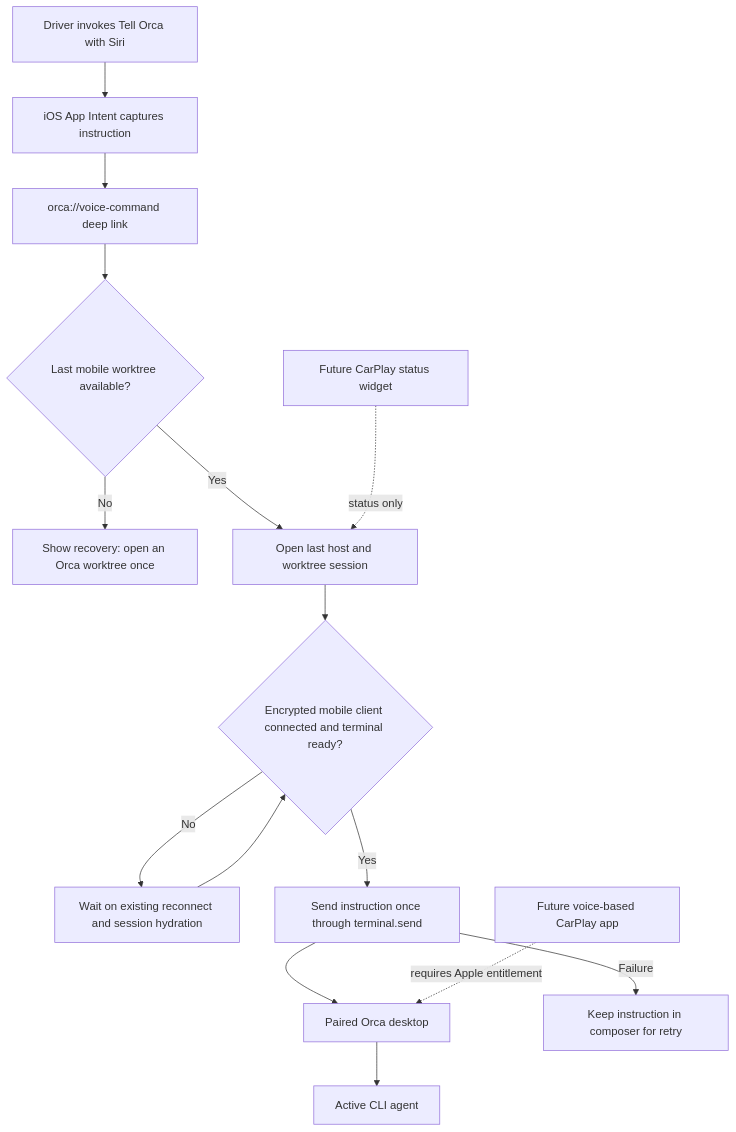
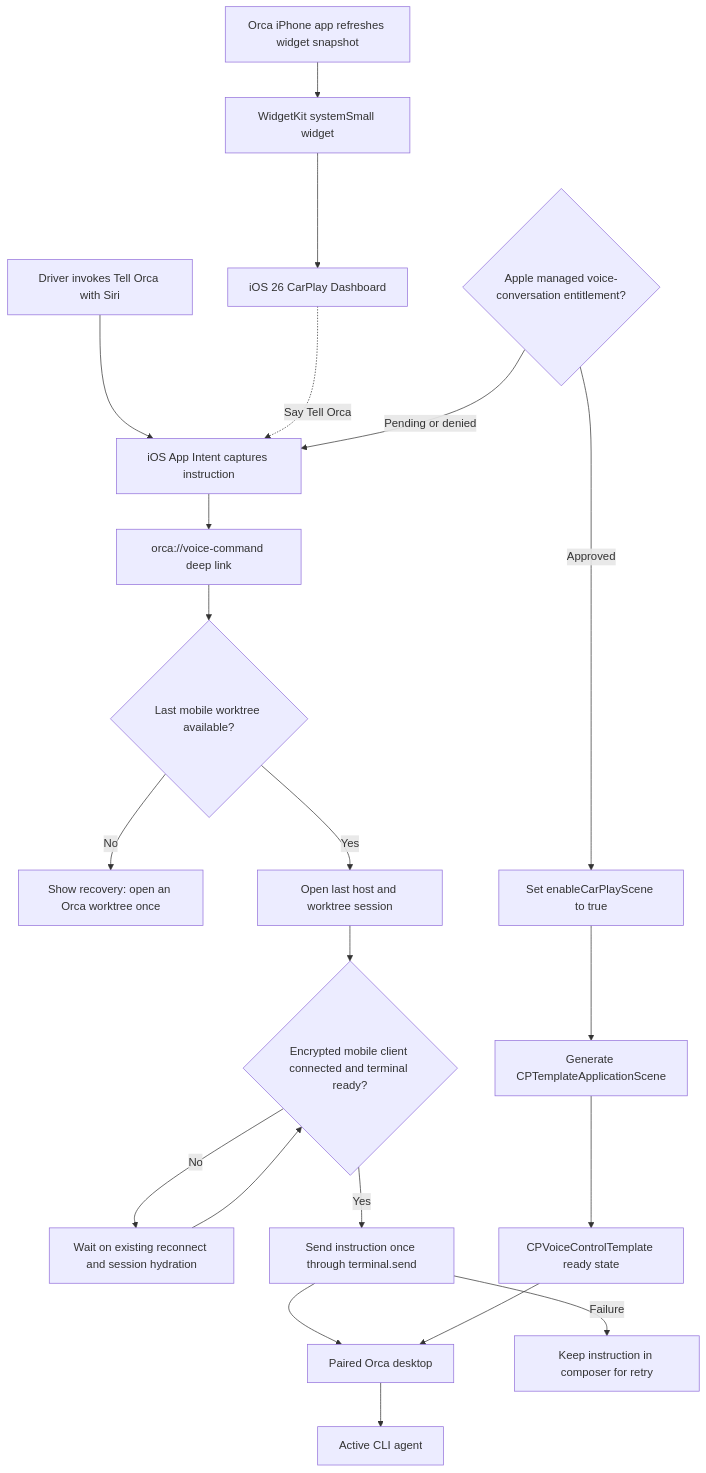
One commit to barnscarter-ops/orca changed the diagram in mobile/VOICE-CARPLAY.md. Above: the diagram before and after it, drawn with Mermaid. The commit also changed other lines of this file and 8 other files, not shown here.

Commit message:
feat(mobile): add CarPlay widget and gated voice scene

````diff
--- a/mobile/VOICE-CARPLAY.md
+++ b/mobile/VOICE-CARPLAY.md
@@ -8,18 +8,25 @@
 ```mermaid
 flowchart TD
     Driver["Driver invokes Tell Orca with Siri"] --> Intent["iOS App Intent captures instruction"]
     Intent --> Link["orca://voice-command deep link"]
     Link --> Resolve{"Last mobile worktree available?"}
     Resolve -- No --> Recovery["Show recovery: open an Orca worktree once"]
     Resolve -- Yes --> Session["Open last host and worktree session"]
     Session --> Ready{"Encrypted mobile client connected and terminal ready?"}
     Ready -- No --> Wait["Wait on existing reconnect and session hydration"]
     Wait --> Ready
     Ready -- Yes --> Send["Send instruction once through terminal.send"]
     Send --> Desktop["Paired Orca desktop"]
     Desktop --> Agent["Active CLI agent"]
     Send -- Failure --> Draft["Keep instruction in composer for retry"]
 
-    Widget["Future CarPlay status widget"] -. "status only" .-> Session
-    CarPlay["Future voice-based CarPlay app"] -. "requires Apple entitlement" .-> Desktop
+    AppLaunch["Orca iPhone app refreshes widget snapshot"] --> Widget["WidgetKit systemSmall widget"]
+    Widget --> Dashboard["iOS 26 CarPlay Dashboard"]
+    Dashboard -. "Say Tell Orca" .-> Intent
+
+    Entitlement{"Apple managed voice-conversation entitlement?"} -- Approved --> Enable["Set enableCarPlayScene to true"]
+    Enable --> CarPlayScene["Generate CPTemplateApplicationScene"]
+    CarPlayScene --> VoiceTemplate["CPVoiceControlTemplate ready state"]
+    VoiceTemplate --> Desktop
+    Entitlement -- Pending or denied --> Intent
 ```
````
